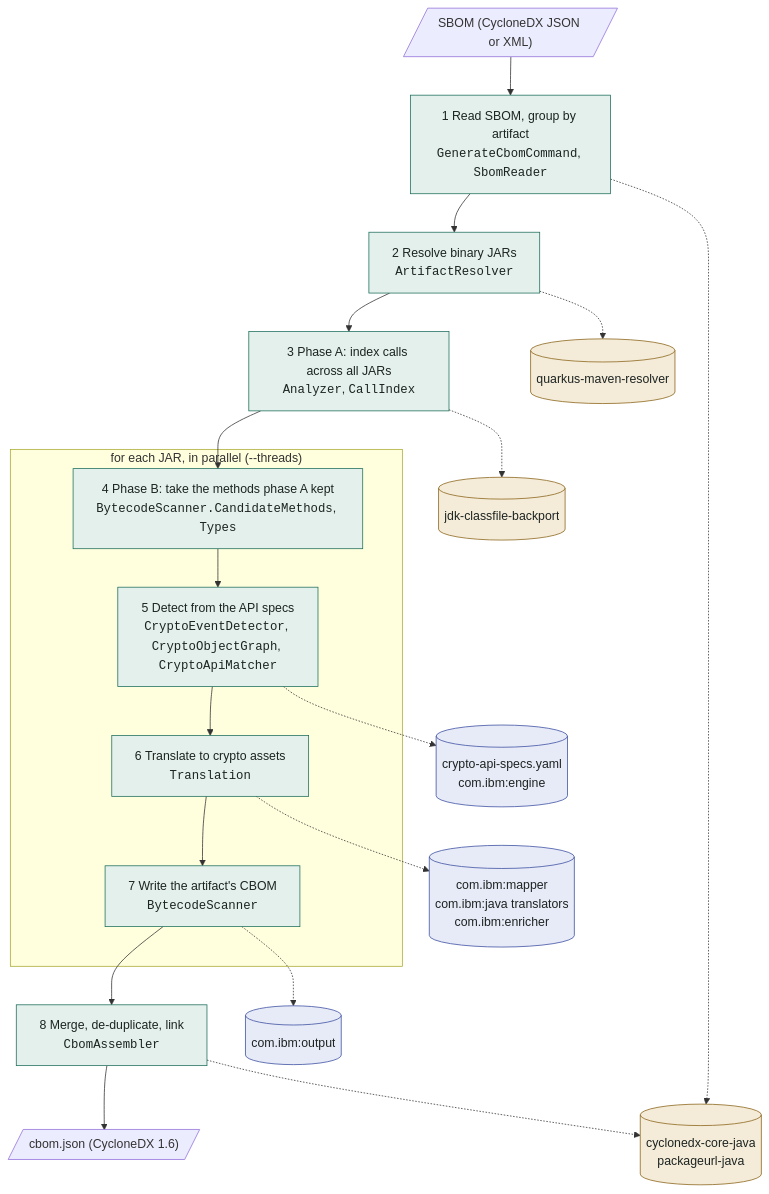
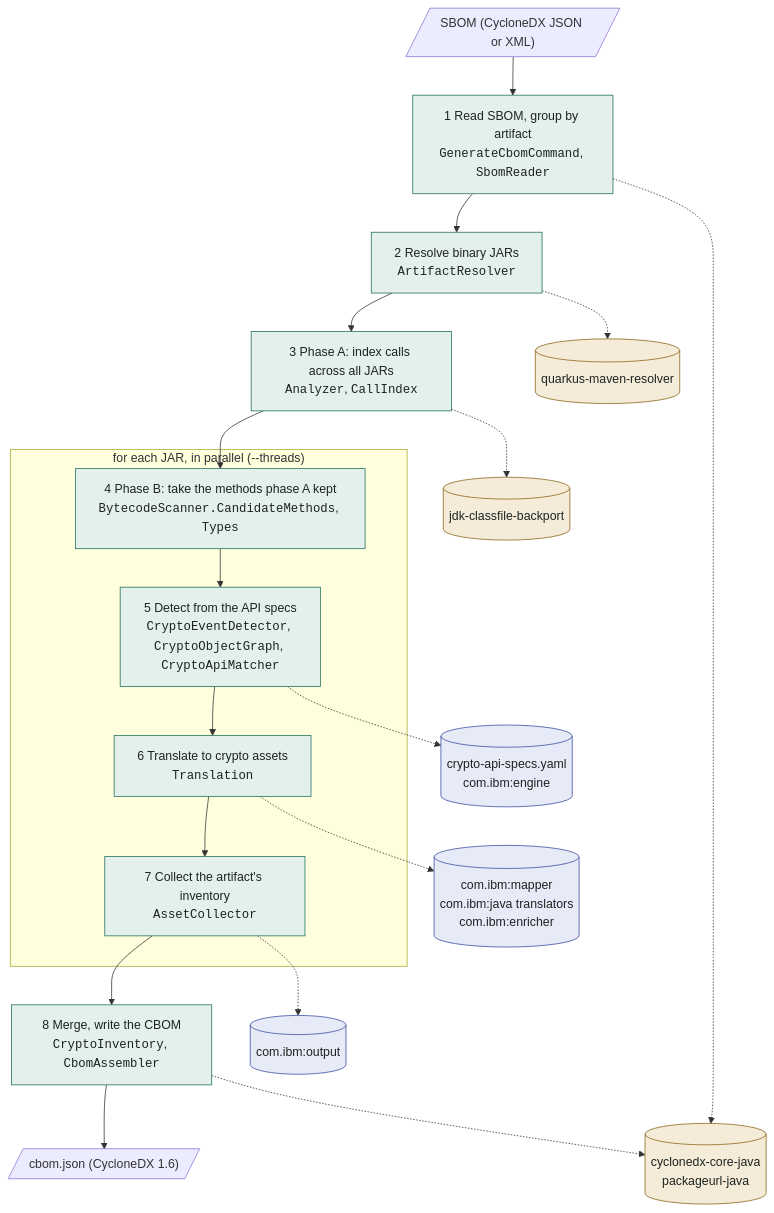
The diagram in docs/architecture.md (aloubyansky/cryptid), drawn with Mermaid before and after one commit. The commit also changed other lines of this file and 46 other files, not shown here.

````diff
--- a/docs/architecture.md
+++ b/docs/architecture.md
@@ -54,37 +59,37 @@
 ```mermaid
 flowchart TB
   sbom[/"SBOM (CycloneDX JSON or XML)"/]
   s1["1 Read SBOM, group by artifact<br/><code>GenerateCbomCommand</code>, <code>SbomReader</code>"]
   s2["2 Resolve binary JARs<br/><code>ArtifactResolver</code>"]
   s3["3 Phase A: index calls across all JARs<br/><code>Analyzer</code>, <code>CallIndex</code>"]
   subgraph perjar["for each JAR, in parallel (--threads)"]
     s4["4 Phase B: take the methods phase A kept<br/><code>BytecodeScanner.CandidateMethods</code>, <code>Types</code>"]
     s5["5 Detect from the API specs<br/><code>CryptoEventDetector</code>, <code>CryptoObjectGraph</code>, <code>CryptoApiMatcher</code>"]
     s6["6 Translate to crypto assets<br/><code>Translation</code>"]
-    s7["7 Write the artifact's CBOM<br/><code>BytecodeScanner</code>"]
+    s7["7 Collect the artifact's inventory<br/><code>AssetCollector</code>"]
   end
-  s8["8 Merge, de-duplicate, link<br/><code>CbomAssembler</code>"]
+  s8["8 Merge, write the CBOM<br/><code>CryptoInventory</code>, <code>CbomAssembler</code>"]
   cbom[/"cbom.json (CycloneDX 1.6)"/]
   sbom --> s1 --> s2 --> s3 --> s4 --> s5 --> s6 --> s7 --> s8 --> cbom
 
   cdx[("cyclonedx-core-java<br/>packageurl-java")]
   mvn[("quarkus-maven-resolver")]
   cf[("jdk-classfile-backport")]
   rules[("crypto-api-specs.yaml<br/>com.ibm:engine")]
   mapper[("com.ibm:mapper<br/>com.ibm:java translators<br/>com.ibm:enricher")]
   out[("com.ibm:output")]
   s1 -.-> cdx
   s2 -.-> mvn
   s3 -.-> cf
   s5 -.-> rules
   s6 -.-> mapper
   s7 -.-> out
   s8 -.-> cdx
 
   classDef ours fill:#e3f0eb,stroke:#1f6f5c,color:#1d2421
   classDef ibm fill:#e7eaf7,stroke:#3b4fa0,color:#1d2421
   classDef lib fill:#f4ecd9,stroke:#8a6418,color:#1d2421
   class s1,s2,s3,s4,s5,s6,s7,s8 ours
   class rules,mapper,out ibm
   class cdx,mvn,cf lib
 ```
````
